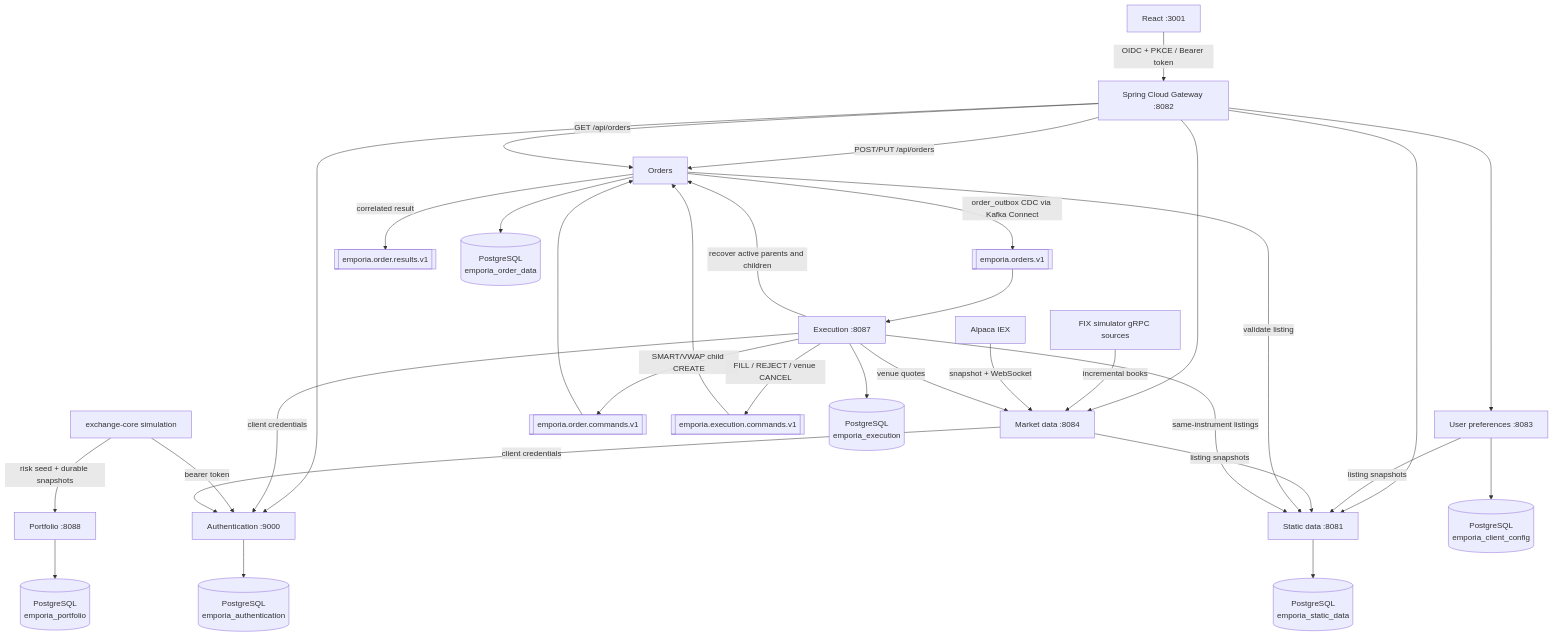
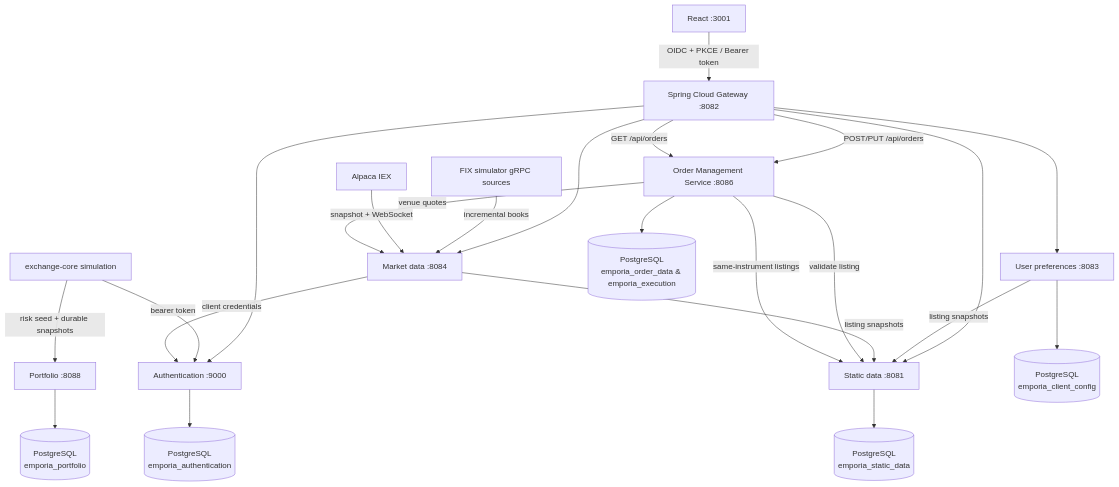
The diagram in README.md (nvxtien/emporia), drawn with Mermaid before and after one commit. The commit also changed other lines of this file and 143 other files, not shown here.

Commit message:
Merge execution into order-management; remove Kafka/outbox/CDC path entirely

````diff
--- a/README.md
+++ b/README.md
@@ -40,38 +40,27 @@
 ```mermaid
 flowchart TD
     Browser[React :3001] -->|OIDC + PKCE / Bearer token| Gateway[Spring Cloud Gateway :8082]
     Gateway --> Auth[Authentication :9000]
     Gateway --> Static[Static data :8081]
     Gateway --> Preferences[User preferences :8083]
     Gateway --> Market[Market data :8084]
-    Gateway -->|POST/PUT /api/orders| Orders
+    Gateway -->|POST/PUT /api/orders| Orders[Order Management Service :8086]
     Gateway -->|GET /api/orders| Orders
-    Execution[Execution :8087] -->|client credentials| Auth
     ExchangeCore[exchange-core simulation] -->|risk seed + durable snapshots| Portfolio[Portfolio :8088]
     ExchangeCore -->|bearer token| Auth
 
     Preferences -->|listing snapshots| Static
     Market -->|listing snapshots| Static
     Market -->|client credentials| Auth
     Fix[FIX simulator gRPC sources] -->|incremental books| Market
     Alpaca[Alpaca IEX] -->|snapshot + WebSocket| Market
     Orders -->|validate listing| Static
-
-    Orders -->|order_outbox CDC via Kafka Connect| OrderLog[[emporia.orders.v1]]
-    Execution -->|SMART/VWAP child CREATE| Commands[[emporia.order.commands.v1]]
-    Commands --> Orders
-    Orders -->|correlated result| Results[[emporia.order.results.v1]]
-    OrderLog --> Execution
-    Execution -->|FILL / REJECT / venue CANCEL| ExecutionCommands[[emporia.execution.commands.v1]]
-    ExecutionCommands --> Orders
-    Execution -->|recover active parents and children| Orders
-    Execution -->|same-instrument listings| Static
-    Execution -->|venue quotes| Market
+    Orders -->|same-instrument listings| Static
+    Orders -->|venue quotes| Market
 
     Auth --> AuthDb[(PostgreSQL\nemporia_authentication)]
     Static --> StaticDb[(PostgreSQL\nemporia_static_data)]
     Preferences --> PreferencesDb[(PostgreSQL\nemporia_client_config)]
-    Orders --> OrderDb[(PostgreSQL\nemporia_order_data)]
-    Execution --> ExecutionDb[(PostgreSQL\nemporia_execution)]
+    Orders --> OrderDb[(PostgreSQL\nemporia_order_data & emporia_execution)]
     Portfolio --> PortfolioDb[(PostgreSQL\nemporia_portfolio)]
 ```
````
